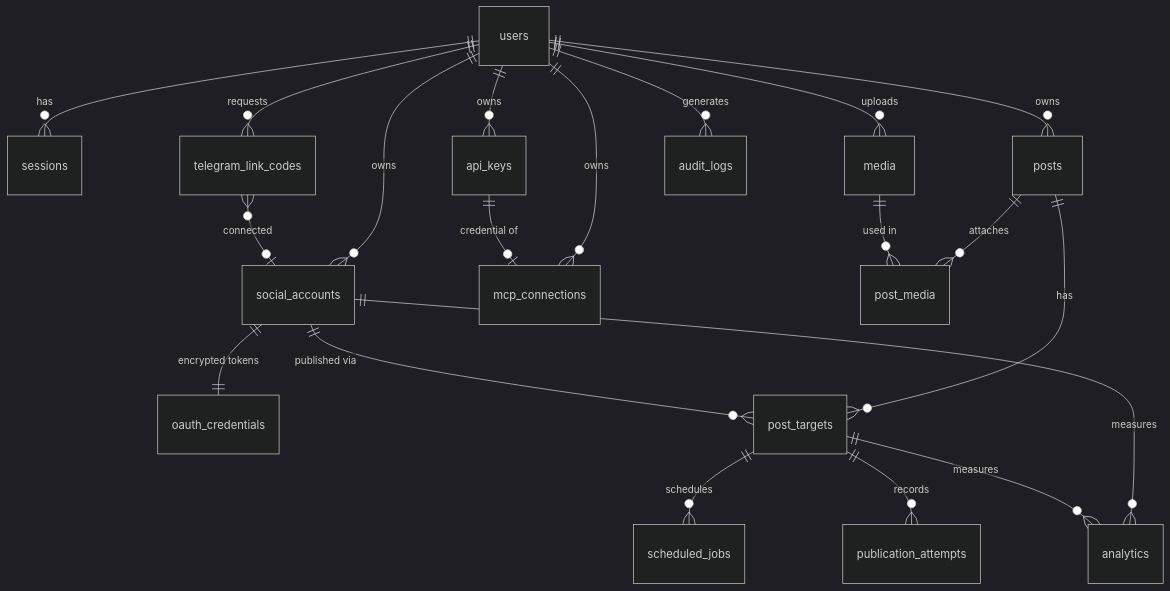
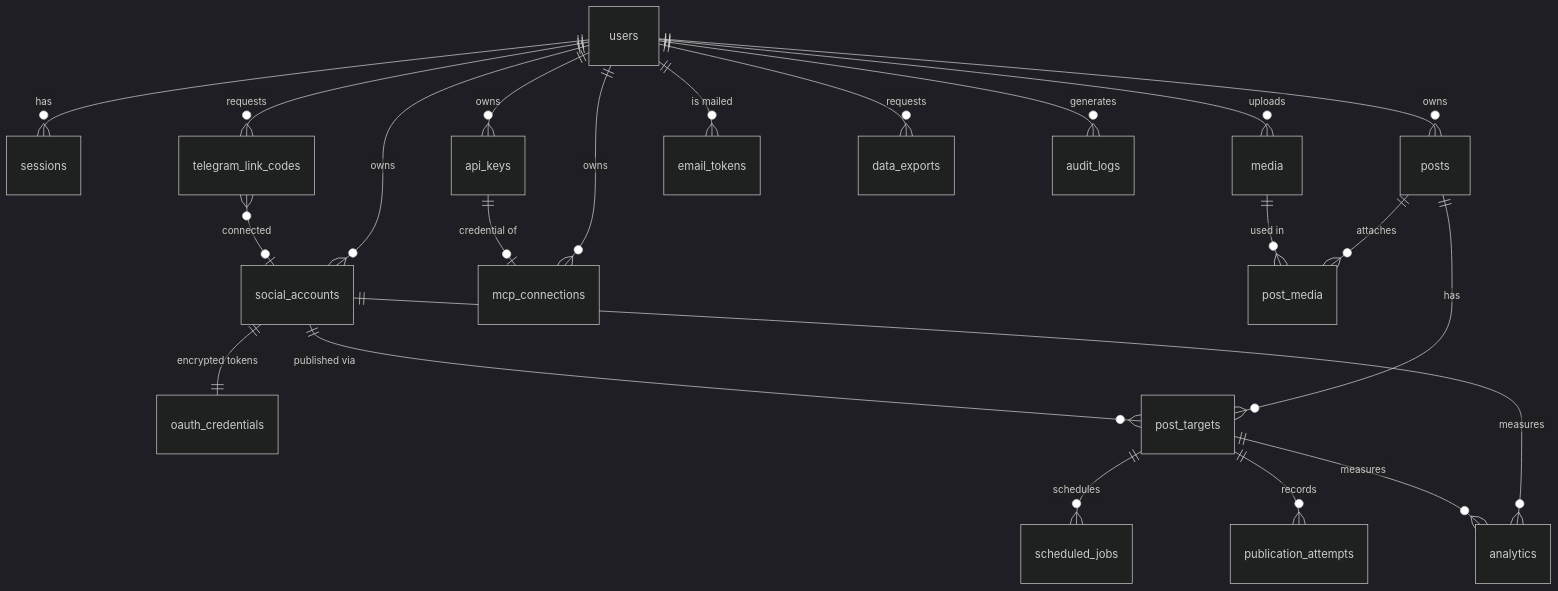
Before and after one commit to XXX1694/SMSI: the diagram in docs/ARCHITECTURE.md, drawn with Mermaid (dark theme). The commit also changed other lines of this file and 26 other files, not shown here.

````diff
--- a/docs/ARCHITECTURE.md
+++ b/docs/ARCHITECTURE.md
@@ -73,22 +73,24 @@
 ```mermaid
 erDiagram
   users ||--o{ sessions : has
   users ||--o{ social_accounts : owns
   users ||--o{ posts : owns
   users ||--o{ media : uploads
   users ||--o{ api_keys : owns
   users ||--o{ mcp_connections : owns
   users ||--o{ telegram_link_codes : requests
+  users ||--o{ email_tokens : "is mailed"
+  users ||--o{ data_exports : requests
   telegram_link_codes }o--o| social_accounts : "connected"
   users ||--o{ audit_logs : generates
   social_accounts ||--|| oauth_credentials : "encrypted tokens"
   posts ||--o{ post_targets : has
   social_accounts ||--o{ post_targets : "published via"
   posts ||--o{ post_media : attaches
   media ||--o{ post_media : "used in"
   post_targets ||--o{ scheduled_jobs : schedules
   post_targets ||--o{ publication_attempts : records
   api_keys ||--o| mcp_connections : "credential of"
   social_accounts ||--o{ analytics : measures
   post_targets ||--o{ analytics : measures
 ```
````
